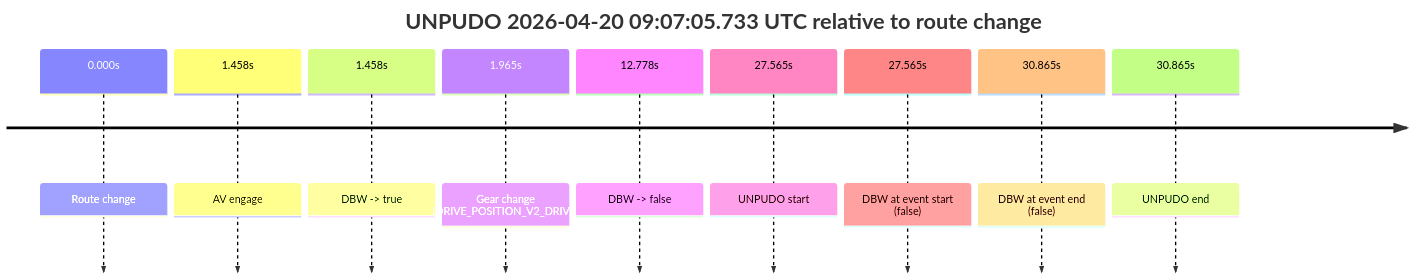
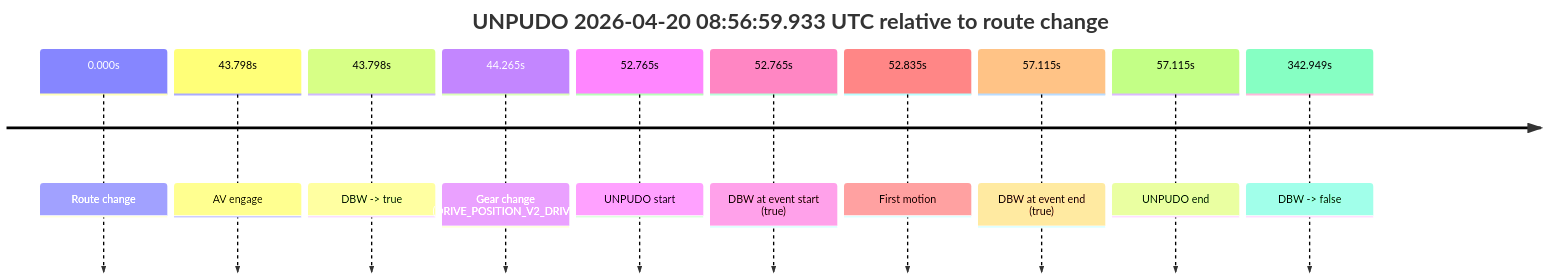
Before and after one commit to yoelshapiro/vault: the third of 8 diagrams in model_analysis/report_cards/2026/04/Week-4/fme20007--2026-04-20--08-33-29--gen2-av-606e1613-95e0-41ca-aff3-36aa6590a0a1.md, drawn with Mermaid. The commit also changed other lines of this file and 53 other files, not shown here.

````diff
--- a/model_analysis/report_cards/2026/04/Week-4/fme20007--2026-04-20--08-33-29--gen2-av-606e1613-95e0-41ca-aff3-36aa6590a0a1.md
+++ b/model_analysis/report_cards/2026/04/Week-4/fme20007--2026-04-20--08-33-29--gen2-av-606e1613-95e0-41ca-aff3-36aa6590a0a1.md
@@ -224,13 +227,14 @@
 ```mermaid
 timeline
-    title UNPUDO 2026-04-20 09:07:05.733 UTC relative to route change
+    title UNPUDO 2026-04-20 08:56:59.933 UTC relative to route change
     0.000s : Route change
-    1.458s : AV engage
-    1.458s : DBW -> true
-    1.965s : Gear change (DRIVE_POSITION_V2_DRIVE)
-    12.778s : DBW -> false
-    27.565s : UNPUDO start
-    27.565s : DBW at event start (false)
-    30.865s : DBW at event end (false)
-    30.865s : UNPUDO end
+    43.798s : AV engage
+    43.798s : DBW -> true
+    44.265s : Gear change (DRIVE_POSITION_V2_DRIVE)
+    52.765s : UNPUDO start
+    52.765s : DBW at event start (true)
+    52.835s : First motion
+    57.115s : DBW at event end (true)
+    57.115s : UNPUDO end
+    342.949s : DBW -> false
 ```
````
